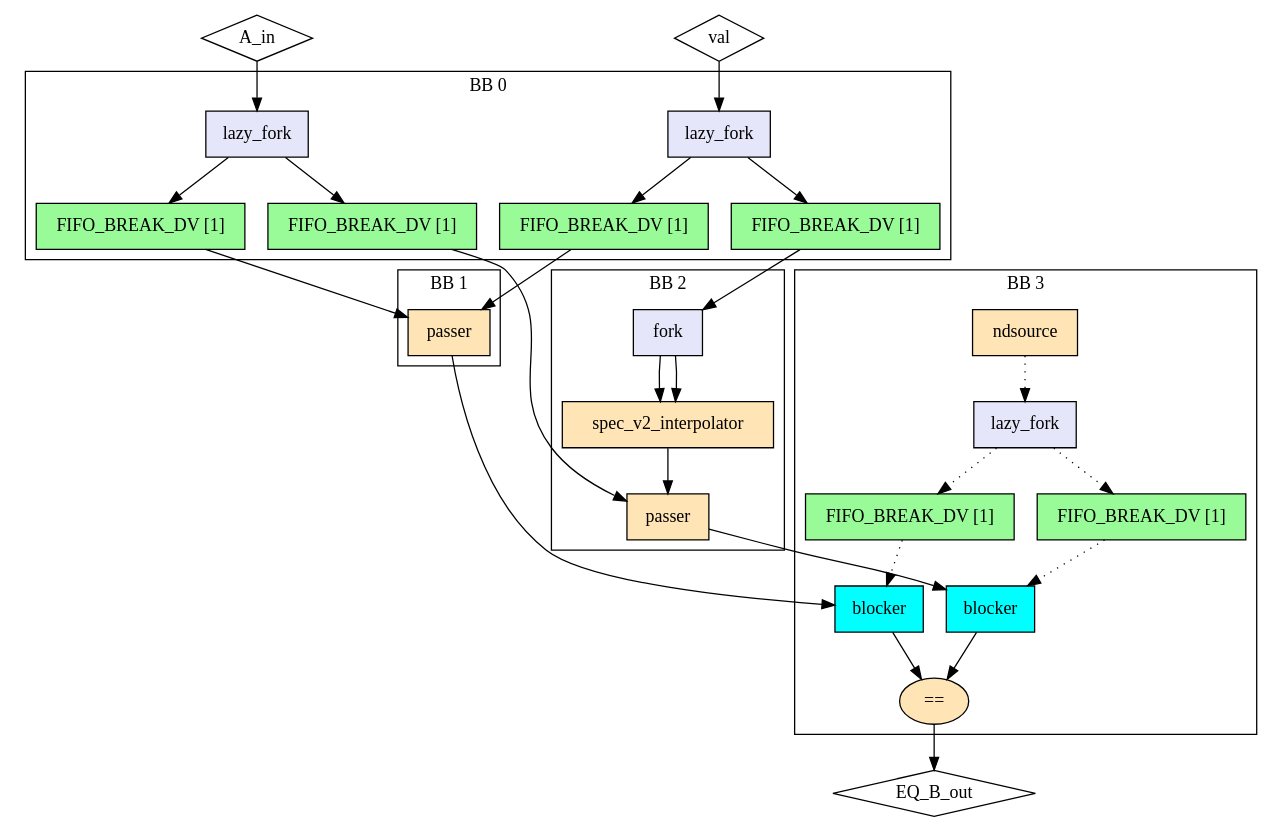
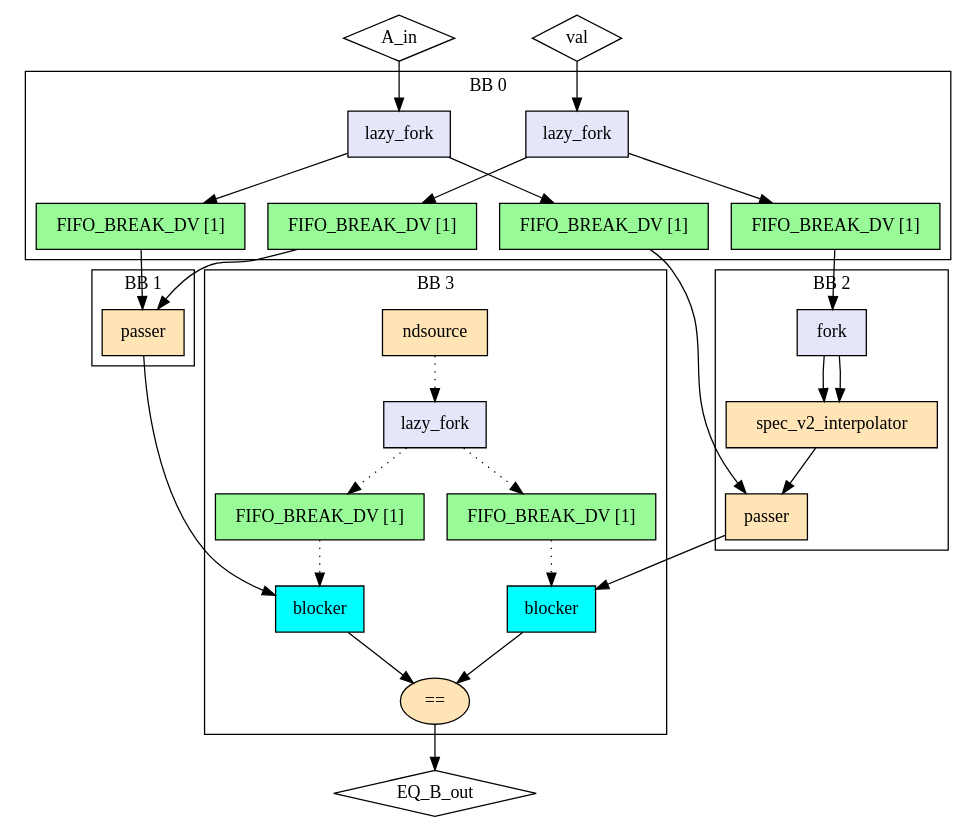
Before and after one commit to EPFL-LAP/dynamatic: the diagram in experimental/tools/elastic-miter/out/introduceIdentInterpolator/miter/model.dot, drawn with Graphviz. The commit also changed 939 other files, not shown here.

```diff
--- a/experimental/tools/elastic-miter/out/introduceIdentInterpolator/miter/model.dot
+++ b/experimental/tools/elastic-miter/out/introduceIdentInterpolator/miter/model.dot
@@ -1,59 +1,59 @@
 Digraph G {
   splines=spline
   compound=true
+  "val" ["style"="solid", "shape"="diamond", "label"="val", "mlir_op"="handshake.func"]
   "A_in" ["style"="solid", "shape"="diamond", "label"="A_in", "mlir_op"="handshake.func"]
-  "val" ["style"="solid", "shape"="diamond", "label"="val", "mlir_op"="handshake.func"]
   "EQ_B_out" ["style"="solid", "shape"="diamond", "label"="EQ_B_out", "mlir_op"="handshake.func"]
-  "A_in" -> "in_fork_A_in" ["dir"="both", "style"="solid", "arrowhead"="normal", "from_idx"="0", "to"="ins", "arrowtail"="none", "from"="A_in", "to_idx"="0"]
-  "val" -> "in_fork_val" ["dir"="both", "style"="solid", "arrowhead"="normal", "from_idx"="1", "to"="ins", "arrowtail"="none", "from"="val", "to_idx"="0"]
+  "val" -> "in_fork_val" ["dir"="both", "style"="solid", "arrowhead"="normal", "from_idx"="0", "to"="ins", "arrowtail"="none", "from"="val", "to_idx"="0"]
+  "A_in" -> "in_fork_A_in" ["dir"="both", "style"="solid", "arrowhead"="normal", "from_idx"="1", "to"="ins", "arrowtail"="none", "from"="A_in", "to_idx"="0"]
+  "lhs_in_buf_val" -> "lhs_passer" ["dir"="both", "style"="solid", "arrowhead"="normal", "from_idx"="0", "to"="ctrl", "arrowtail"="none", "from"="outs", "to_idx"="1"]
+  "rhs_in_buf_val" -> "rhs_vm_fork_0" ["dir"="both", "style"="solid", "arrowhead"="normal", "from_idx"="0", "to"="ins", "arrowtail"="none", "from"="outs", "to_idx"="0"]
   "lhs_in_buf_A_in" -> "lhs_passer" ["dir"="both", "style"="solid", "arrowhead"="normal", "from_idx"="0", "to"="data", "arrowtail"="none", "from"="outs", "to_idx"="0"]
   "rhs_in_buf_A_in" -> "rhs_passer" ["dir"="both", "style"="solid", "arrowhead"="normal", "from_idx"="0", "to"="data", "arrowtail"="none", "from"="outs", "to_idx"="0"]
-  "lhs_in_buf_val" -> "lhs_passer" ["dir"="both", "style"="solid", "arrowhead"="normal", "from_idx"="0", "to"="ctrl", "arrowtail"="none", "from"="outs", "to_idx"="1"]
-  "rhs_in_buf_val" -> "rhs_vm_fork_1" ["dir"="both", "style"="solid", "arrowhead"="normal", "from_idx"="0", "to"="ins", "arrowtail"="none", "from"="outs", "to_idx"="0"]
   "out_eq_B_out" -> "EQ_B_out" ["dir"="both", "style"="solid", "arrowhead"="normal", "from_idx"="0", "to"="EQ_B_out", "arrowtail"="none", "from"="result", "to_idx"="0"]
   "lhs_passer" -> "lhs_out_bl_B_out" ["dir"="both", "style"="solid", "arrowhead"="normal", "from_idx"="0", "to"="ins", "arrowtail"="none", "from"="result", "to_idx"="0"]
   "rhs_passer" -> "rhs_out_bl_B_out" ["dir"="both", "style"="solid", "arrowhead"="normal", "from_idx"="0", "to"="ins", "arrowtail"="none", "from"="result", "to_idx"="0"]
   subgraph cluster0 {
     graph ["label"="BB 0"]
+    "in_fork_val" ["style"="filled", "fillcolor"="lavender", "shape"="box", "label"="lazy_fork", "mlir_op"="handshake.lazy_fork"]
+    "lhs_in_buf_val" ["style"="filled", "fillcolor"="palegreen", "shape"="box", "label"="FIFO_BREAK_DV [1]", "mlir_op"="handshake.buffer"]
+    "rhs_in_buf_val" ["style"="filled", "fillcolor"="palegreen", "shape"="box", "label"="FIFO_BREAK_DV [1]", "mlir_op"="handshake.buffer"]
     "in_fork_A_in" ["style"="filled", "fillcolor"="lavender", "shape"="box", "label"="lazy_fork", "mlir_op"="handshake.lazy_fork"]
     "lhs_in_buf_A_in" ["style"="filled", "fillcolor"="palegreen", "shape"="box", "label"="FIFO_BREAK_DV [1]", "mlir_op"="handshake.buffer"]
     "rhs_in_buf_A_in" ["style"="filled", "fillcolor"="palegreen", "shape"="box", "label"="FIFO_BREAK_DV [1]", "mlir_op"="handshake.buffer"]
-    "in_fork_val" ["style"="filled", "fillcolor"="lavender", "shape"="box", "label"="lazy_fork", "mlir_op"="handshake.lazy_fork"]
-    "lhs_in_buf_val" ["style"="filled", "fillcolor"="palegreen", "shape"="box", "label"="FIFO_BREAK_DV [1]", "mlir_op"="handshake.buffer"]
-    "rhs_in_buf_val" ["style"="filled", "fillcolor"="palegreen", "shape"="box", "label"="FIFO_BREAK_DV [1]", "mlir_op"="handshake.buffer"]
+    "in_fork_val" -> "lhs_in_buf_val" ["dir"="both", "style"="solid", "arrowhead"="normal", "from_idx"="0", "to"="ins", "arrowtail"="none", "from"="outs_0", "to_idx"="0"]
+    "in_fork_val" -> "rhs_in_buf_val" ["dir"="both", "style"="solid", "arrowhead"="normal", "from_idx"="1", "to"="ins", "arrowtail"="none", "from"="outs_1", "to_idx"="0"]
     "in_fork_A_in" -> "lhs_in_buf_A_in" ["dir"="both", "style"="solid", "arrowhead"="normal", "from_idx"="0", "to"="ins", "arrowtail"="none", "from"="outs_0", "to_idx"="0"]
     "in_fork_A_in" -> "rhs_in_buf_A_in" ["dir"="both", "style"="solid", "arrowhead"="normal", "from_idx"="1", "to"="ins", "arrowtail"="none", "from"="outs_1", "to_idx"="0"]
-    "in_fork_val" -> "lhs_in_buf_val" ["dir"="both", "style"="solid", "arrowhead"="normal", "from_idx"="0", "to"="ins", "arrowtail"="none", "from"="outs_0", "to_idx"="0"]
-    "in_fork_val" -> "rhs_in_buf_val" ["dir"="both", "style"="solid", "arrowhead"="normal", "from_idx"="1", "to"="ins", "arrowtail"="none", "from"="outs_1", "to_idx"="0"]
   }
   subgraph cluster3 {
     graph ["label"="BB 3"]
     "out_nds_B_out" ["style"="filled", "fillcolor"="moccasin", "shape"="box", "label"="ndsource", "mlir_op"="handshake.ndsource"]
     "out_lf_B_out" ["style"="filled", "fillcolor"="lavender", "shape"="box", "label"="lazy_fork", "mlir_op"="handshake.lazy_fork"]
     "out_buf_lhs_nds_B_out" ["style"="filled", "fillcolor"="palegreen", "shape"="box", "label"="FIFO_BREAK_DV [1]", "mlir_op"="handshake.buffer"]
     "out_buf_rhs_nds_B_out" ["style"="filled", "fillcolor"="palegreen", "shape"="box", "label"="FIFO_BREAK_DV [1]", "mlir_op"="handshake.buffer"]
     "lhs_out_bl_B_out" ["style"="filled", "fillcolor"="cyan", "shape"="box", "label"="blocker", "mlir_op"="handshake.blocker"]
     "rhs_out_bl_B_out" ["style"="filled", "fillcolor"="cyan", "shape"="box", "label"="blocker", "mlir_op"="handshake.blocker"]
     "out_eq_B_out" ["style"="filled", "fillcolor"="moccasin", "shape"="oval", "label"="==", "mlir_op"="handshake.cmpi=="]
     "out_nds_B_out" -> "out_lf_B_out" ["dir"="both", "style"="dotted", "arrowhead"="normal", "from_idx"="0", "to"="ins", "arrowtail"="none", "from"="result", "to_idx"="0"]
     "out_lf_B_out" -> "out_buf_lhs_nds_B_out" ["dir"="both", "style"="dotted", "arrowhead"="normal", "from_idx"="0", "to"="ins", "arrowtail"="none", "from"="outs_0", "to_idx"="0"]
     "out_lf_B_out" -> "out_buf_rhs_nds_B_out" ["dir"="both", "style"="dotted", "arrowhead"="normal", "from_idx"="1", "to"="ins", "arrowtail"="none", "from"="outs_1", "to_idx"="0"]
     "out_buf_lhs_nds_B_out" -> "lhs_out_bl_B_out" ["dir"="both", "style"="dotted", "arrowhead"="normal", "from_idx"="0", "to"="ctrl", "arrowtail"="none", "from"="outs", "to_idx"="1"]
     "out_buf_rhs_nds_B_out" -> "rhs_out_bl_B_out" ["dir"="both", "style"="dotted", "arrowhead"="normal", "from_idx"="0", "to"="ctrl", "arrowtail"="none", "from"="outs", "to_idx"="1"]
     "lhs_out_bl_B_out" -> "out_eq_B_out" ["dir"="both", "style"="solid", "arrowhead"="normal", "from_idx"="0", "to"="lhs", "arrowtail"="none", "from"="outs", "to_idx"="0"]
     "rhs_out_bl_B_out" -> "out_eq_B_out" ["dir"="both", "style"="solid", "arrowhead"="normal", "from_idx"="0", "to"="rhs", "arrowtail"="none", "from"="outs", "to_idx"="1"]
   }
   subgraph cluster1 {
     graph ["label"="BB 1"]
     "lhs_passer" ["style"="filled", "fillcolor"="moccasin", "shape"="box", "label"="passer", "mlir_op"="handshake.passer"]
   }
   subgraph cluster2 {
     graph ["label"="BB 2"]
-    "rhs_vm_fork_1" ["style"="filled", "fillcolor"="lavender", "shape"="box", "label"="fork", "mlir_op"="handshake.fork"]
+    "rhs_vm_fork_0" ["style"="filled", "fillcolor"="lavender", "shape"="box", "label"="fork", "mlir_op"="handshake.fork"]
     "rhs_interpolate" ["style"="filled", "fillcolor"="moccasin", "shape"="box", "label"="spec_v2_interpolator", "mlir_op"="handshake.spec_v2_interpolator"]
     "rhs_passer" ["style"="filled", "fillcolor"="moccasin", "shape"="box", "label"="passer", "mlir_op"="handshake.passer"]
-    "rhs_vm_fork_1" -> "rhs_interpolate" ["dir"="both", "style"="solid", "arrowhead"="normal", "from_idx"="0", "to"="short", "arrowtail"="none", "from"="outs_0", "to_idx"="0"]
-    "rhs_vm_fork_1" -> "rhs_interpolate" ["dir"="both", "style"="solid", "arrowhead"="normal", "from_idx"="1", "to"="long", "arrowtail"="none", "from"="outs_1", "to_idx"="1"]
+    "rhs_vm_fork_0" -> "rhs_interpolate" ["dir"="both", "style"="solid", "arrowhead"="normal", "from_idx"="0", "to"="short", "arrowtail"="none", "from"="outs_0", "to_idx"="0"]
+    "rhs_vm_fork_0" -> "rhs_interpolate" ["dir"="both", "style"="solid", "arrowhead"="normal", "from_idx"="1", "to"="long", "arrowtail"="none", "from"="outs_1", "to_idx"="1"]
     "rhs_interpolate" -> "rhs_passer" ["dir"="both", "style"="solid", "arrowhead"="normal", "from_idx"="0", "to"="ctrl", "arrowtail"="none", "from"="result", "to_idx"="1"]
   }
 }
```
